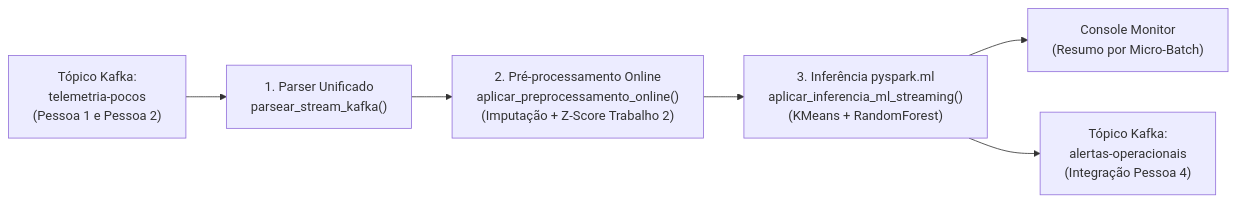
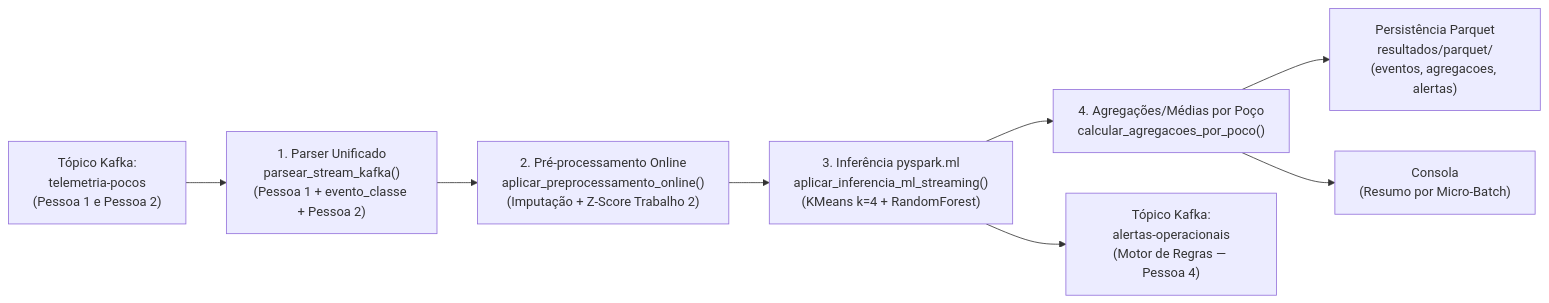
The diagram in DOCUMENTACAO_MODULO_3.md (hcouri/Trabalho-Final---SD), drawn with Mermaid before and after one commit. The commit also changed other lines of this file and 16 other files, not shown here.

Commit message:
feat(pessoa3): persistencia Parquet, validador de saidas/metricas reais, correcoes de tipagem, docs e slides

````diff
--- a/DOCUMENTACAO_MODULO_3.md
+++ b/DOCUMENTACAO_MODULO_3.md
@@ -19,8 +21,10 @@
 ```mermaid
 flowchart LR
-    K["Tópico Kafka:\ntelemetria-pocos\n(Pessoa 1 e Pessoa 2)"] --> P["1. Parser Unificado\nparsear_stream_kafka()"]
+    K["Tópico Kafka:\ntelemetria-pocos\n(Pessoa 1 e Pessoa 2)"] --> P["1. Parser Unificado\nparsear_stream_kafka()\n(Pessoa 1 + evento_classe + Pessoa 2)"]
     P --> N["2. Pré-processamento Online\naplicar_preprocessamento_online()\n(Imputação + Z-Score Trabalho 2)"]
-    N --> M["3. Inferência pyspark.ml\naplicar_inferencia_ml_streaming()\n(KMeans + RandomForest)"]
-    M --> C["Console Monitor\n(Resumo por Micro-Batch)"]
-    M --> A["Tópico Kafka:\nalertas-operacionais\n(Integração Pessoa 4)"]
+    N --> M["3. Inferência pyspark.ml\naplicar_inferencia_ml_streaming()\n(KMeans k=4 + RandomForest)"]
+    M --> AG["4. Agregações/Médias por Poço\ncalcular_agregacoes_por_poco()"]
+    AG --> PQ["Persistência Parquet\nresultados/parquet/\n(eventos, agregacoes, alertas)"]
+    AG --> C["Consola\n(Resumo por Micro-Batch)"]
+    M --> A["Tópico Kafka:\nalertas-operacionais\n(Motor de Regras — Pessoa 4)"]
 ```
````
